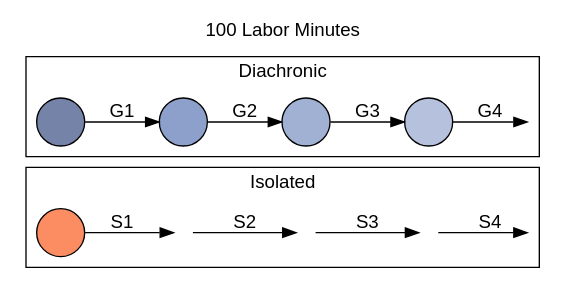
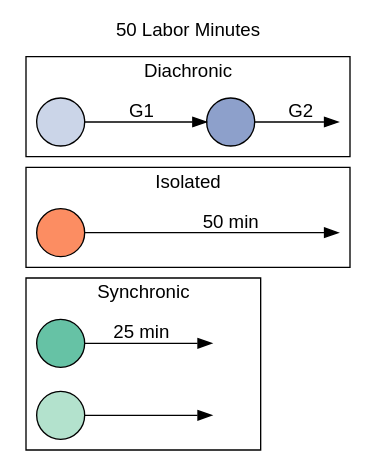
The diagram in inst/extdata/team-structures-exp2.gv (pedmiston/totems-data), drawn with Graphviz before and after one commit. The commit also changed 2 other files, not shown here.

```diff
--- a/inst/extdata/team-structures-exp2.gv
+++ b/inst/extdata/team-structures-exp2.gv
@@ -1,43 +1,46 @@
 digraph {
   rankdir=LR;
-  label="100 Labor Minutes";
+  label="50 Labor Minutes";
   labelloc=t;
   fontname=helvetica;
   // bgcolor=transparent;
 
-  node[fontname=helvetica; label=""; style=filled; shape=circle];
-  edge[fontname=helvetica];
+  node[fontname=Helvetica; label=""; style=filled];
+  edge[fontname=Helvetica];
 
   // Set cluster order (top to bottom) by initializing
   // nodes in each cluster starting from bottom to top
-  solo_s1, d1;
+  s1, solo, d1;
+
+  // Shapes are projects
+  d1, d2, solo, s1, s2[shape=circle];
 
   // Colors are people
-  d1[fillcolor="#7483A7"];
+  s1[fillcolor="#66C2A5"];
+  s2[fillcolor="#b3e2cd"];
+  d1[fillcolor="#cbd5e8"];
   d2[fillcolor="#8DA0CB"];
-  d3[fillcolor="#A1B1D4"];
-  d4[fillcolor="#B6C2DD"];
-  solo_s1[fillcolor="#FC8D62"];
+  solo[fillcolor="#FC8D62"]
 
   // Invisible last nodes
-  dinv1, soloinv2[style=invis, width=0];
+  dinv1, soloinv1[style=invis, width=0];
+  sinv1, sinv2[style=invis, width=0.4];
 
   subgraph cluster1 {
     label="Diachronic";
-    d1 -> d2[label="G1"];
-    d2 -> d3[label="G2"];
-    d3 -> d4[label="G3"];
-    d4 -> dinv1[label="G4"];
+    d1 -> d2[label="G1"]
+    d2 -> dinv1[label="G2"];
   }
 
   subgraph cluster2 {
     label="Isolated";
-    solo_s1 -> solo_s2[label="S1"];
-    solo_s2 -> solo_s3[label="S2"];
-    solo_s3 -> solo_s4[label="S3"];
-    solo_s4 -> soloinv2[label="S4"];
+    solo -> soloinv1[minlen=2 label="50 min"];
+  }
 
-    solo_s2, solo_s3, solo_s4[style=invis, width=0.2];
+  subgraph cluster3 {
+    label="Synchronic";
+    s1 -> sinv1[label="25 min"];
+    s2 -> sinv2;
   }
 
 }
```
